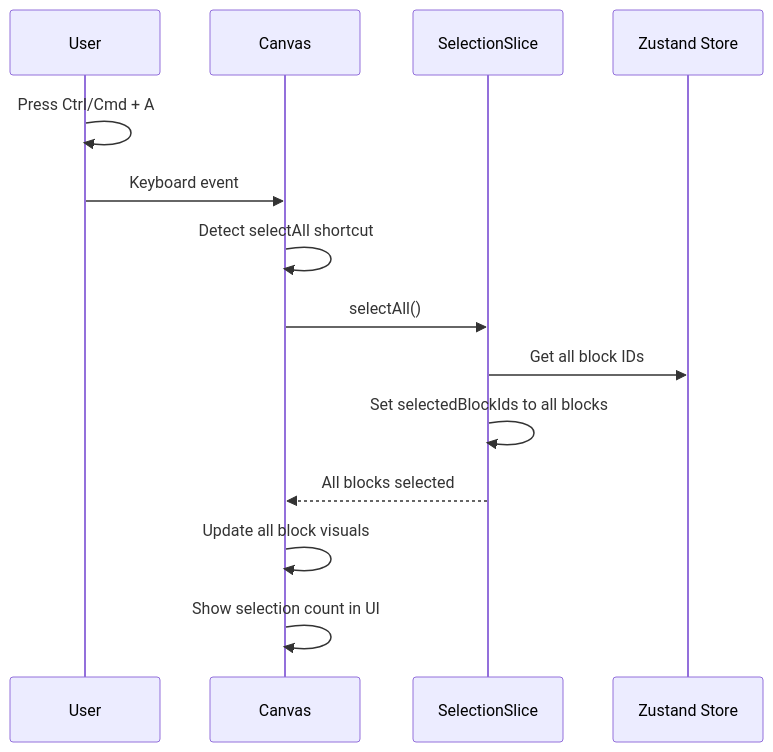
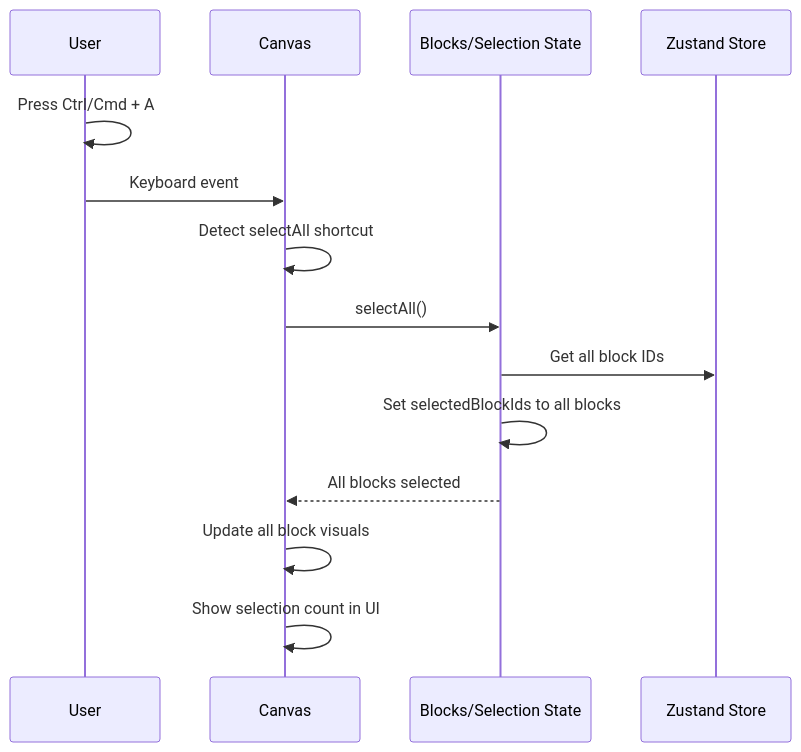
Before and after one commit to litkeys/DraftCN: the seventh of 9 diagrams in docs/architecture/core-workflows.md, drawn with Mermaid. The commit also changed other lines of this file and 17 other files, not shown here.

First line of the commit message:
Fixed block selection persisting when search bar is selected, architectural realignment removing redundant selection slice

````diff
--- a/docs/architecture/core-workflows.md
+++ b/docs/architecture/core-workflows.md
@@ -224,17 +224,17 @@
 ```mermaid
 sequenceDiagram
     participant User
     participant Canvas
-    participant SelectMgr as SelectionSlice
+    participant BlocksSlice as Blocks/Selection State
     participant Store as Zustand Store
 
     User->>User: Press Ctrl/Cmd + A
     User->>Canvas: Keyboard event
     Canvas->>Canvas: Detect selectAll shortcut
-    Canvas->>SelectMgr: selectAll()
-    SelectMgr->>Store: Get all block IDs
-    SelectMgr->>SelectMgr: Set selectedBlockIds to all blocks
-    SelectMgr-->>Canvas: All blocks selected
+    Canvas->>BlocksSlice: selectAll()
+    BlocksSlice->>Store: Get all block IDs
+    BlocksSlice->>BlocksSlice: Set selectedBlockIds to all blocks
+    BlocksSlice-->>Canvas: All blocks selected
     Canvas->>Canvas: Update all block visuals
     Canvas->>Canvas: Show selection count in UI
 ```
````
